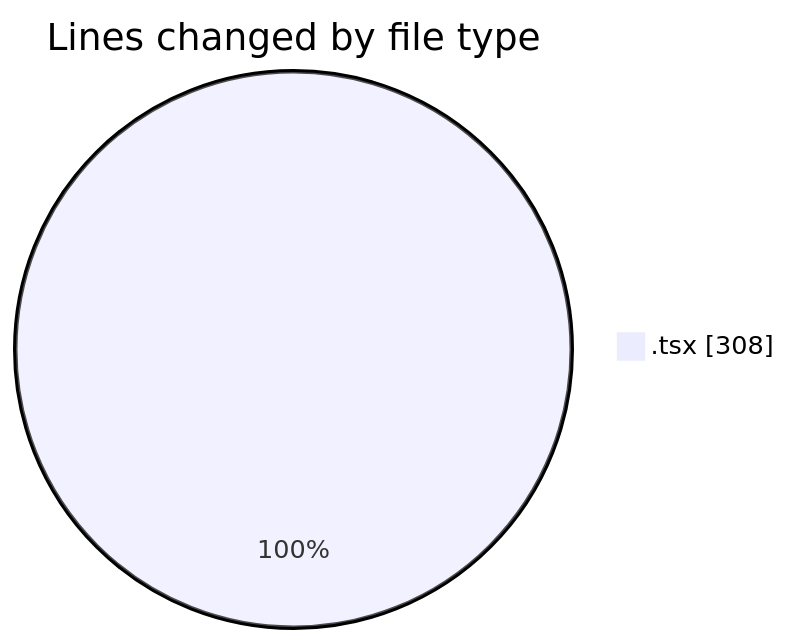
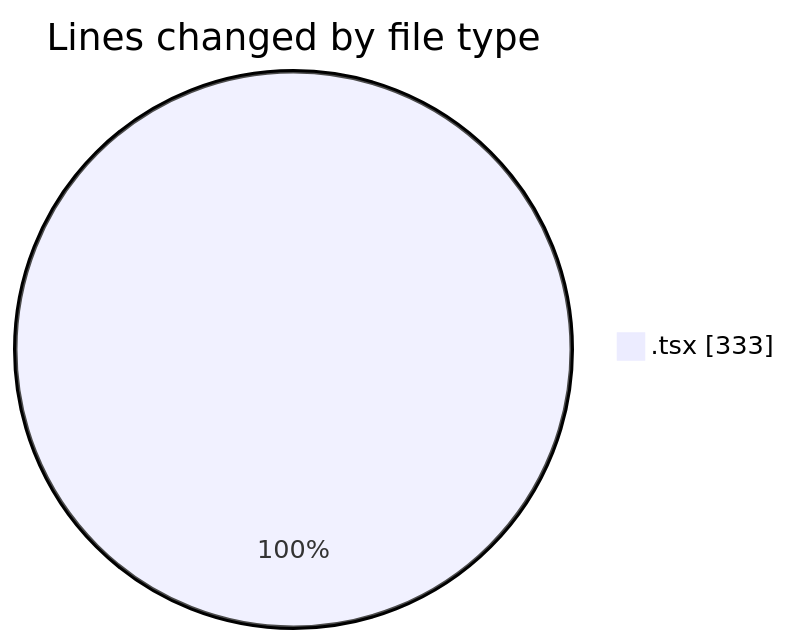
Before and after one commit to momahboobian/code-tracking: the first of 2 diagrams in 2026-08-06/cda/README.md, drawn with Mermaid. The commit also changed other lines of this file and 1 other file, not shown here.

````diff
--- a/2026-08-06/cda/README.md
+++ b/2026-08-06/cda/README.md
@@ -22,5 +22,5 @@
 ```mermaid
 pie showData
 title Lines changed by file type
-".tsx" : 308
+".tsx" : 333
 ```
````
